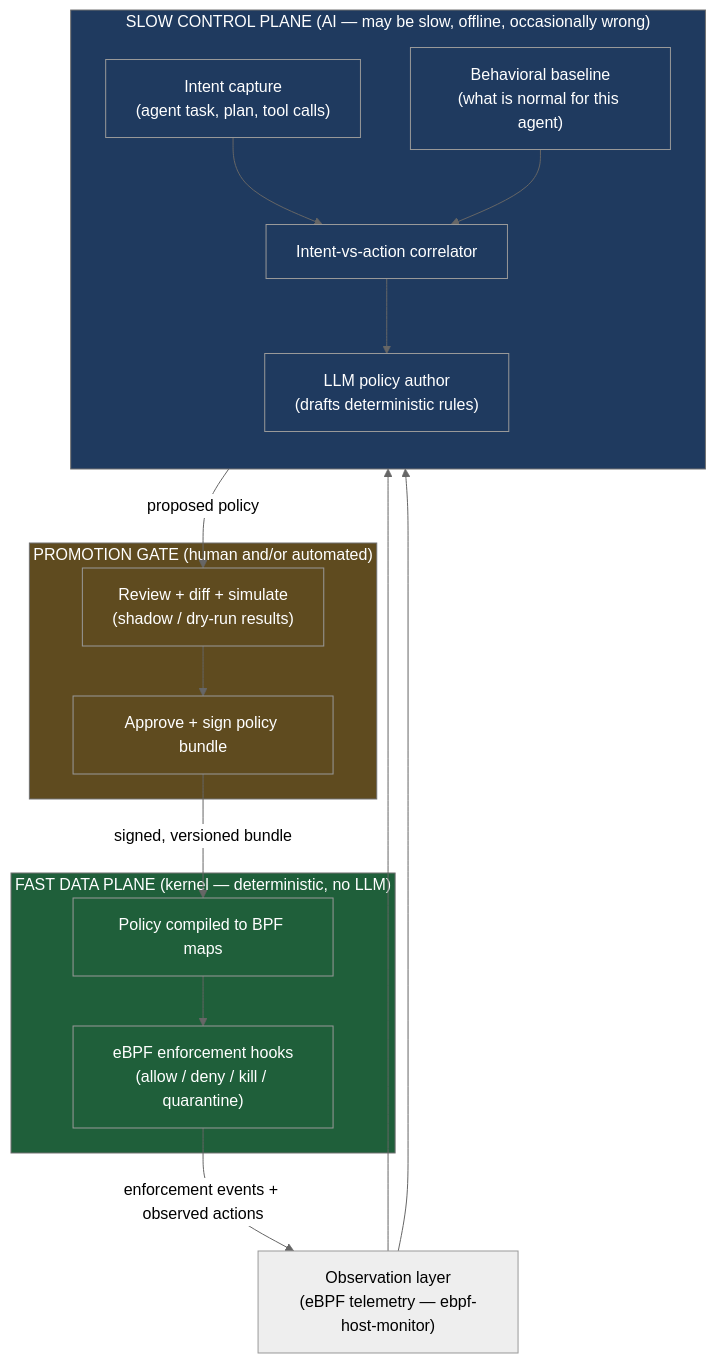
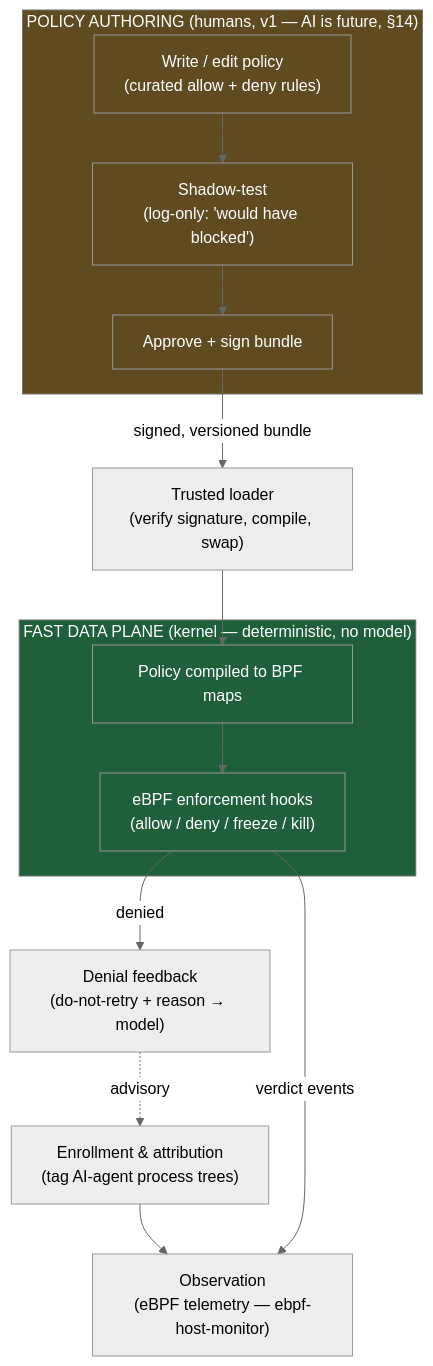
One commit to gr8pr1/ai-agent-validator changed the first of 3 diagrams in architecture.md. Above: the diagram before and after it, drawn with Mermaid (neutral theme). The commit also changed other lines of this file and 1 other file, not shown here.

First line of the commit message:
docs: reshape architecture.md to policy-strict v1

````diff
--- a/architecture.md
+++ b/architecture.md
@@ -72,40 +77,31 @@
 ```mermaid
 flowchart TB
-    subgraph SLOW["SLOW CONTROL PLANE  (AI — may be slow, offline, occasionally wrong)"]
-        direction TB
-        INTENT["Intent capture\n(agent task, plan, tool calls)"]
-        CORR["Intent-vs-action correlator"]
-        LEARN["Behavioral baseline\n(what is normal for this agent)"]
-        AUTHOR["LLM policy author\n(drafts deterministic rules)"]
-        INTENT --> CORR
-        LEARN --> CORR
-        CORR --> AUTHOR
+    subgraph AUTHOR["POLICY AUTHORING  (humans, v1 — AI is future, §14)"]
+        WRITE["Write / edit policy\n(curated allow + deny rules)"]
+        SHADOW["Shadow-test\n(log-only: 'would have blocked')"]
+        SIGN["Approve + sign bundle"]
+        WRITE --> SHADOW --> SIGN
     end
 
-    subgraph GATE["PROMOTION GATE  (human and/or automated)"]
-        REVIEW["Review + diff + simulate\n(shadow / dry-run results)"]
-        SIGN["Approve + sign policy bundle"]
-        REVIEW --> SIGN
-    end
-
-    subgraph FAST["FAST DATA PLANE  (kernel — deterministic, no LLM)"]
+    subgraph FAST["FAST DATA PLANE  (kernel — deterministic, no model)"]
         MAPS["Policy compiled to BPF maps"]
-        LSM["eBPF enforcement hooks\n(allow / deny / kill / quarantine)"]
+        LSM["eBPF enforcement hooks\n(allow / deny / freeze / kill)"]
         MAPS --> LSM
     end
 
-    OBS["Observation layer\n(eBPF telemetry — ebpf-host-monitor)"]
+    ENROLL["Enrollment & attribution\n(tag AI-agent process trees)"]
+    OBS["Observation\n(eBPF telemetry — ebpf-host-monitor)"]
+    LOADER["Trusted loader\n(verify signature, compile, swap)"]
+    FEEDBACK["Denial feedback\n(do-not-retry + reason → model)"]
 
-    OBS --> CORR
-    OBS --> LEARN
-    AUTHOR -->|"proposed policy"| REVIEW
-    SIGN -->|"signed, versioned bundle"| MAPS
-    LSM -->|"enforcement events + observed actions"| OBS
+    ENROLL --> OBS
+    SIGN -->|"signed, versioned bundle"| LOADER --> MAPS
+    LSM -->|"verdict events"| OBS
+    LSM -->|"denied"| FEEDBACK
+    FEEDBACK -.->|"advisory"| ENROLL
 
-    classDef slow fill:#1f3a5f,color:#fff;
-    classDef gate fill:#5f4b1f,color:#fff;
+    classDef author fill:#5f4b1f,color:#fff;
     classDef fast fill:#1f5f3a,color:#fff;
-    class SLOW,INTENT,CORR,LEARN,AUTHOR slow;
-    class GATE,REVIEW,SIGN gate;
+    class AUTHOR,WRITE,SHADOW,SIGN author;
     class FAST,MAPS,LSM fast;
 ```
````
